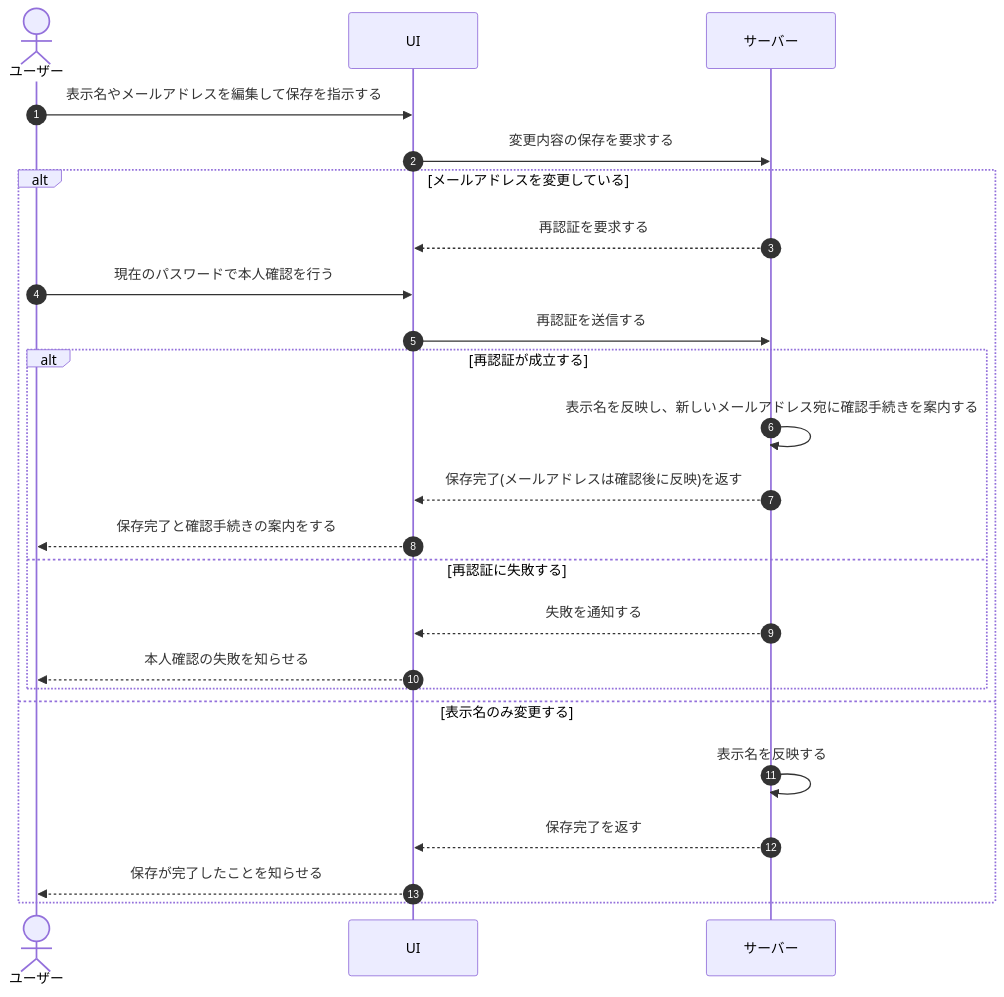
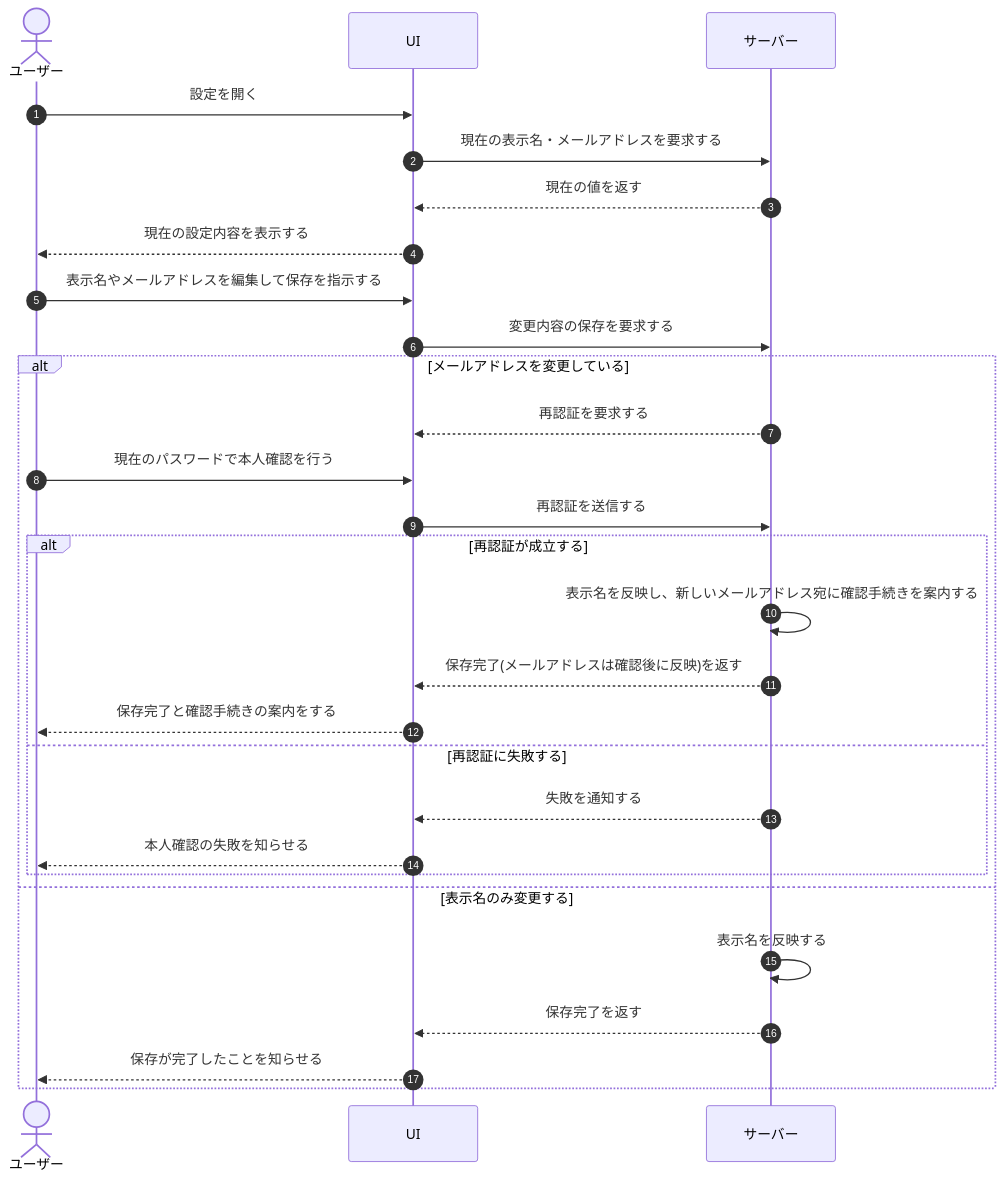
Before and after one commit to sikakou54/open-faq: the diagram in 01_requirements/04_business_usecases/UC-009.md, drawn with Mermaid. The commit also changed other lines of this file and 395 other files, not shown here.

````diff
--- a/01_requirements/04_business_usecases/UC-009.md
+++ b/01_requirements/04_business_usecases/UC-009.md
@@ -26,26 +26,30 @@
 ```mermaid
 sequenceDiagram
   autonumber
   actor U as ユーザー
   participant UI as UI
   participant S as サーバー
+  U->>UI: 設定を開く
+  UI->>S: 現在の表示名・メールアドレスを要求する
+  S-->>UI: 現在の値を返す
+  UI-->>U: 現在の設定内容を表示する
   U->>UI: 表示名やメールアドレスを編集して保存を指示する
   UI->>S: 変更内容の保存を要求する
   alt メールアドレスを変更している
     S-->>UI: 再認証を要求する
     U->>UI: 現在のパスワードで本人確認を行う
     UI->>S: 再認証を送信する
     alt 再認証が成立する
       S->>S: 表示名を反映し、新しいメールアドレス宛に確認手続きを案内する
       S-->>UI: 保存完了(メールアドレスは確認後に反映)を返す
       UI-->>U: 保存完了と確認手続きの案内をする
     else 再認証に失敗する
       S-->>UI: 失敗を通知する
       UI-->>U: 本人確認の失敗を知らせる
     end
   else 表示名のみ変更する
     S->>S: 表示名を反映する
     S-->>UI: 保存完了を返す
     UI-->>U: 保存が完了したことを知らせる
   end
 ```
````
